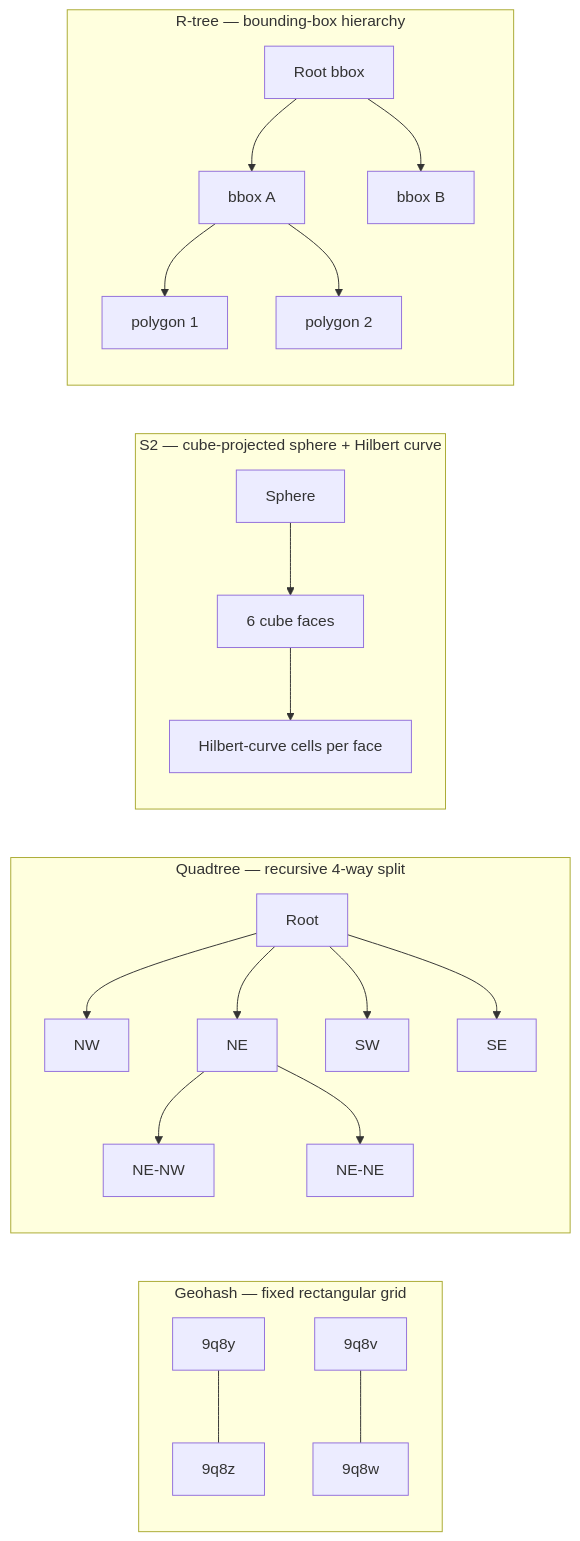
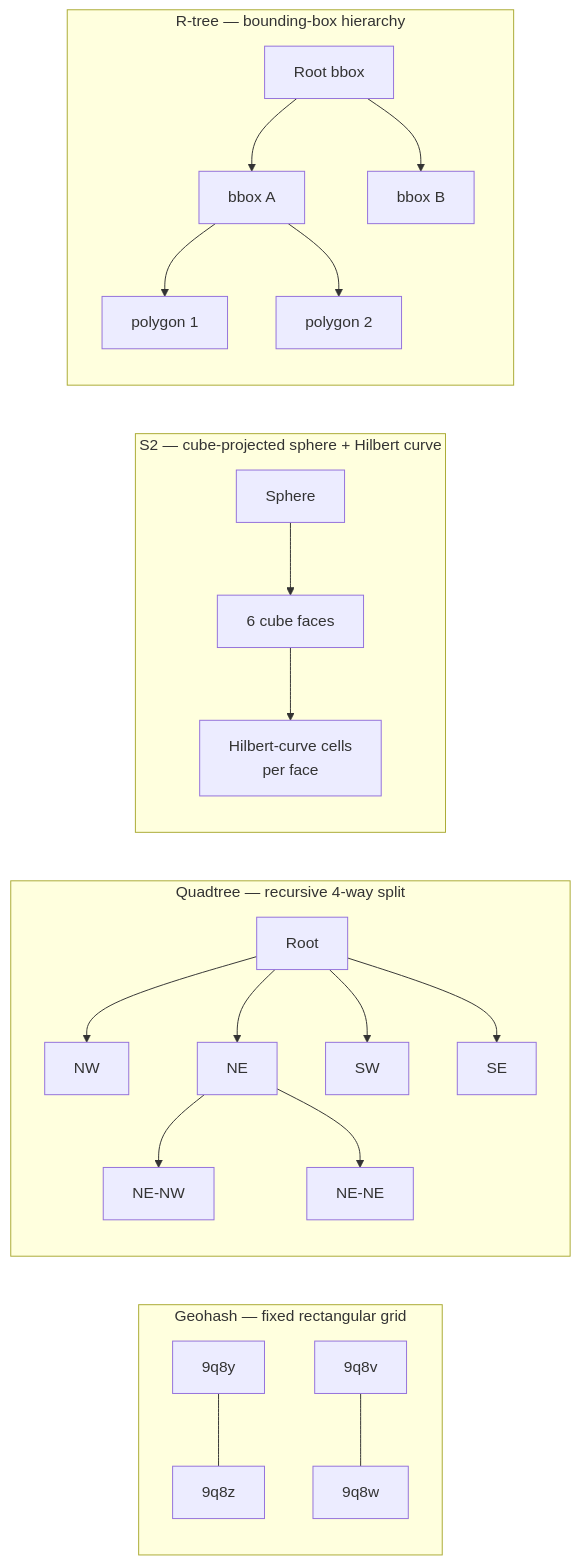
The seventh of 27 diagrams in system-design/HLD/0-course/28-Design Google Maps-FAANG-Guide.md (riyaz-pasha/Learnings), drawn with Mermaid before and after one commit. The commit also changed other lines of this file and 1 other file, not shown here.

````diff
--- a/system-design/HLD/0-course/28-Design Google Maps-FAANG-Guide.md
+++ b/system-design/HLD/0-course/28-Design Google Maps-FAANG-Guide.md
@@ -377,28 +456,28 @@
 ```mermaid
 flowchart LR
     subgraph Geohash["Geohash — fixed rectangular grid"]
         direction TB
         g1["9q8y"] --- g2["9q8z"]
         g3["9q8v"] --- g4["9q8w"]
     end
     subgraph Quadtree["Quadtree — recursive 4-way split"]
         direction TB
-        q0[Root] --> q1[NW]
-        q0 --> q2[NE]
-        q0 --> q3[SW]
-        q0 --> q4[SE]
-        q2 --> q2a[NE-NW] & q2b[NE-NE]
+        q0["Root"] --> q1["NW"]
+        q0 --> q2["NE"]
+        q0 --> q3["SW"]
+        q0 --> q4["SE"]
+        q2 --> q2a["NE-NW"] & q2b["NE-NE"]
     end
     subgraph S2["S2 — cube-projected sphere + Hilbert curve"]
         direction TB
-        s0[Sphere] --> s1[6 cube faces]
-        s1 --> s2[Hilbert-curve cells per face]
+        s0["Sphere"] --> s1["6 cube faces"]
+        s1 --> s2["Hilbert-curve cells<br/>per face"]
     end
     subgraph Rtree["R-tree — bounding-box hierarchy"]
         direction TB
-        r0[Root bbox] --> r1[bbox A]
-        r0 --> r2[bbox B]
-        r1 --> r1a[polygon 1]
-        r1 --> r1b[polygon 2]
+        r0["Root bbox"] --> r1["bbox A"]
+        r0 --> r2["bbox B"]
+        r1 --> r1a["polygon 1"]
+        r1 --> r1b["polygon 2"]
     end
 ```
````
